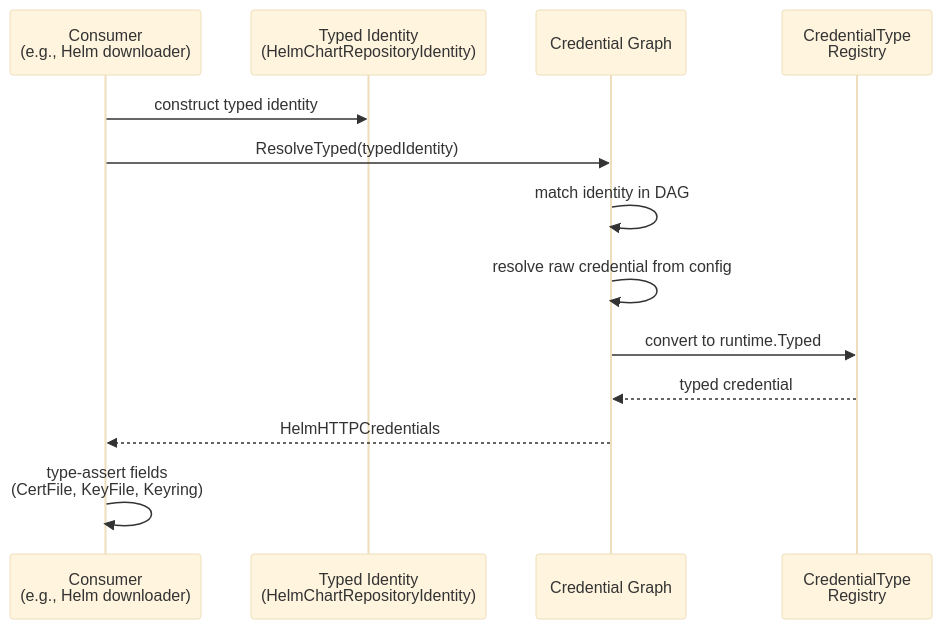
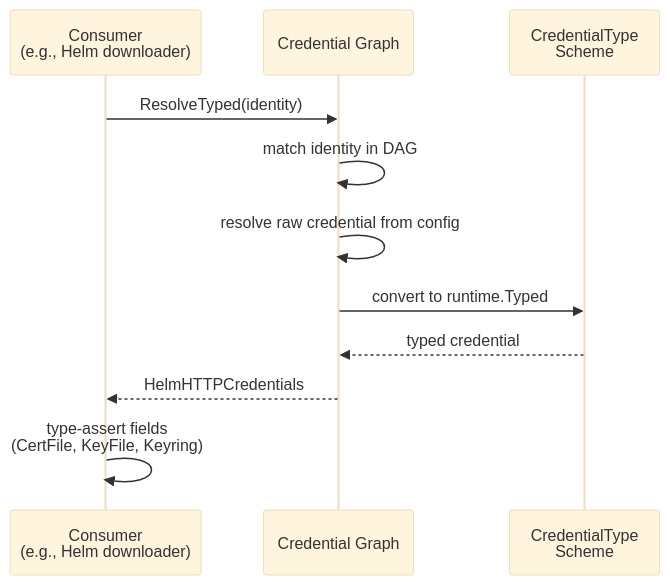
Before and after one commit to Skarlso/open-component-model: the first of 2 diagrams in docs/adr/0021_typed_credentials.md, drawn with Mermaid (base theme). The commit also changed other lines of this file and 15 other files, not shown here.

First line of the commit message:
feat!: revert typed identy and move back to runtime.Identity (#2469)

````diff
--- a/docs/adr/0021_typed_credentials.md
+++ b/docs/adr/0021_typed_credentials.md
@@ -112,16 +92,14 @@
 ```mermaid
 sequenceDiagram
     participant C as Consumer<br/>(e.g., Helm downloader)
-    participant I as Typed Identity<br/>(HelmChartRepositoryIdentity)
     participant G as Credential Graph
-    participant S as CredentialType<br/>Registry
+    participant S as CredentialType<br/>Scheme
 
-    C->>I: construct typed identity
-    C->>G: ResolveTyped(typedIdentity)
+    C->>G: ResolveTyped(identity)
     G->>G: match identity in DAG
     G->>G: resolve raw credential from config
     G->>S: convert to runtime.Typed
     S-->>G: typed credential
     G-->>C: HelmHTTPCredentials
     C->>C: type-assert fields<br/>(CertFile, KeyFile, Keyring)
 ```
````
